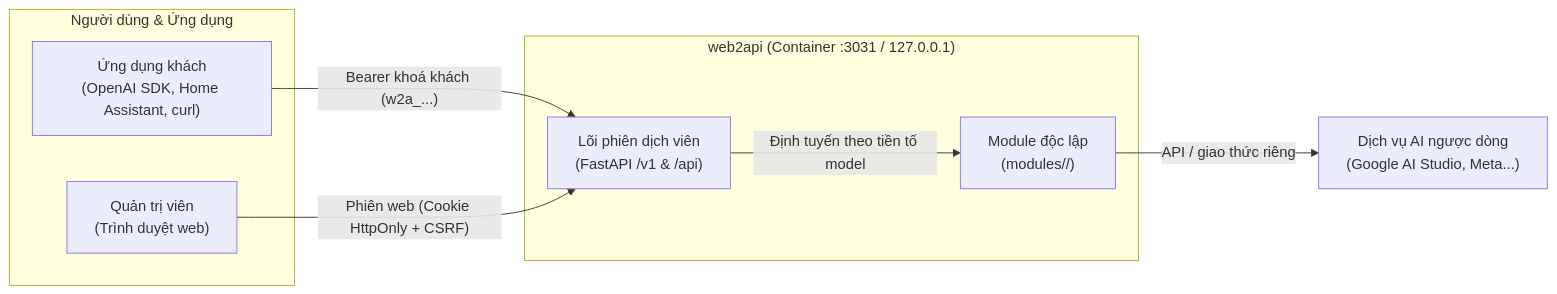
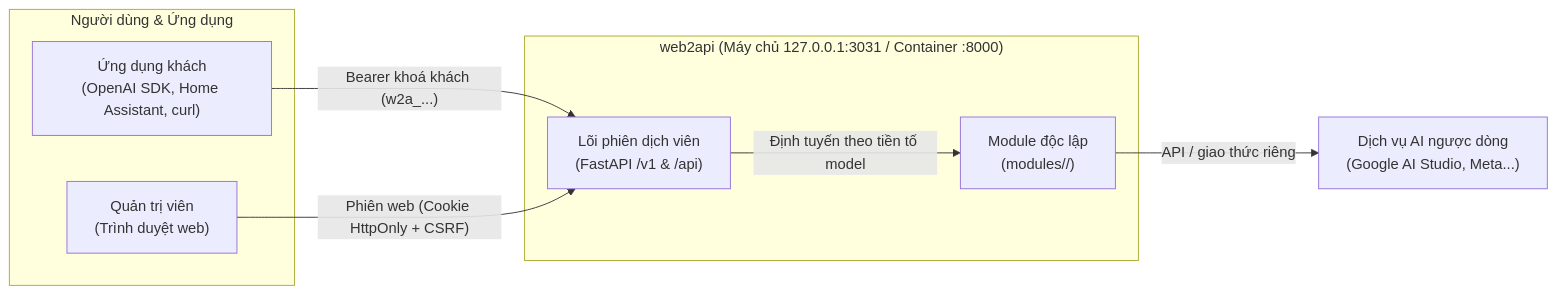
The diagram in README.md (TriTue2011/web2api), drawn with Mermaid before and after one commit. The commit also changed other lines of this file and 24 other files, not shown here.

````diff
--- a/README.md
+++ b/README.md
@@ -12,17 +12,17 @@
 ```mermaid
 flowchart LR
   subgraph NGUOIDUNG["Người dùng & Ứng dụng"]
     KHACH["Ứng dụng khách<br/>(OpenAI SDK, Home Assistant, curl)"]
     QUANTRI["Quản trị viên<br/>(Trình duyệt web)"]
   end
-  subgraph W2A["web2api (Container :3031 / 127.0.0.1)"]
+  subgraph W2A["web2api (Máy chủ 127.0.0.1:3031 / Container :8000)"]
     LOI["Lõi phiên dịch viên<br/>(FastAPI /v1 & /api)"]
     MOD["Module độc lập<br/>(modules/<id>/)"]
   end
   NCC["Dịch vụ AI ngược dòng<br/>(Google AI Studio, Meta...)"]
 
   KHACH -->|"Bearer khoá khách (w2a_...)"| LOI
   QUANTRI -->|"Phiên web (Cookie HttpOnly + CSRF)"| LOI
   LOI -->|"Định tuyến theo tiền tố model"| MOD
   MOD -->|"API / giao thức riêng"| NCC
 ```
````
